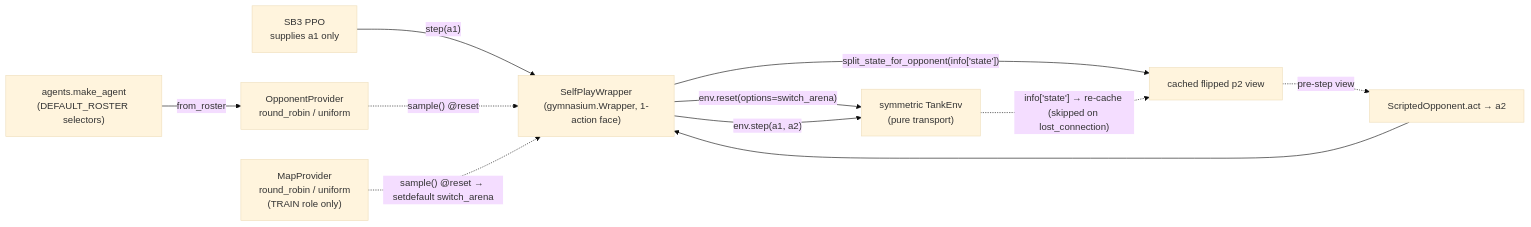
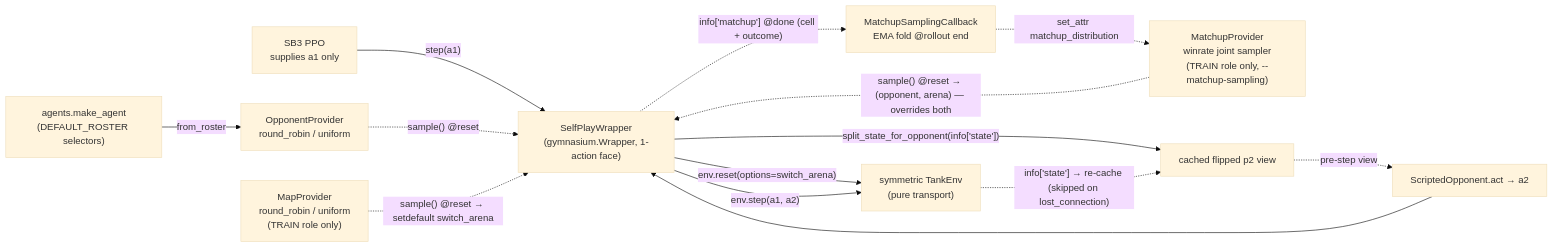
Before and after one commit to urciuolim/TankTwinStickShooter: the second of 2 diagrams in docs/components/rl.md, drawn with Mermaid (base theme). The commit also changed other lines of this file and 9 other files, not shown here.

First line of the commit message:
feat(rl): win-rate-based (opponent x map) matchup sampling (--matchup-sampling winrate)

````diff
--- a/docs/components/rl.md
+++ b/docs/components/rl.md
@@ -60,13 +67,16 @@
 ```mermaid
 graph LR
     sb3["SB3 PPO<br/>supplies a1 only"] -->|"step(a1)"| wrap["SelfPlayWrapper<br/>(gymnasium.Wrapper, 1-action face)"]
     prov["OpponentProvider<br/>round_robin / uniform"] -.->|"sample() @reset"| wrap
     agents["agents.make_agent<br/>(DEFAULT_ROSTER selectors)"] -->|from_roster| prov
     maps["MapProvider<br/>round_robin / uniform<br/>(TRAIN role only)"] -.->|"sample() @reset → setdefault switch_arena"| wrap
+    matchup["MatchupProvider<br/>winrate joint sampler<br/>(TRAIN role only, --matchup-sampling)"] -.->|"sample() @reset → (opponent, arena) — overrides both"| wrap
+    wrap -.->|"info['matchup'] @done (cell + outcome)"| mcb["MatchupSamplingCallback<br/>EMA fold @rollout end"]
+    mcb -.->|"set_attr matchup_distribution"| matchup
     wrap -->|"split_state_for_opponent(info['state'])"| flip["cached flipped p2 view"]
     flip -.->|pre-step view| opp["ScriptedOpponent.act → a2"]
     opp --> wrap
     wrap -->|"env.reset(options=switch_arena)"| env["symmetric TankEnv<br/>(pure transport)"]
     wrap -->|"env.step(a1, a2)"| env
     env -.->|"info['state'] → re-cache (skipped on lost_connection)"| flip
 ```
````
